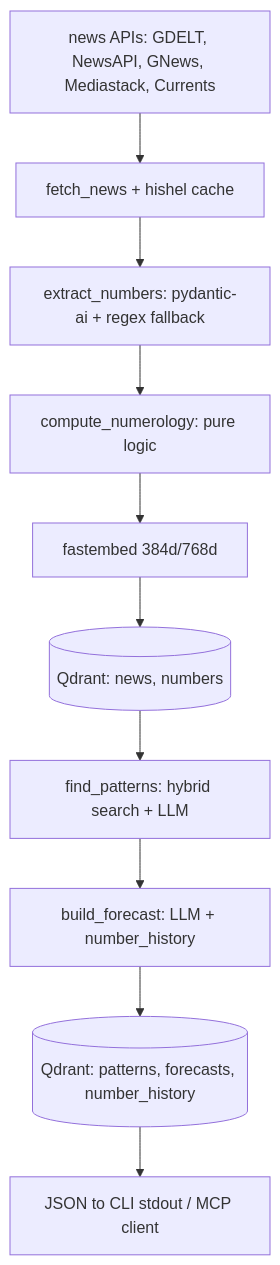
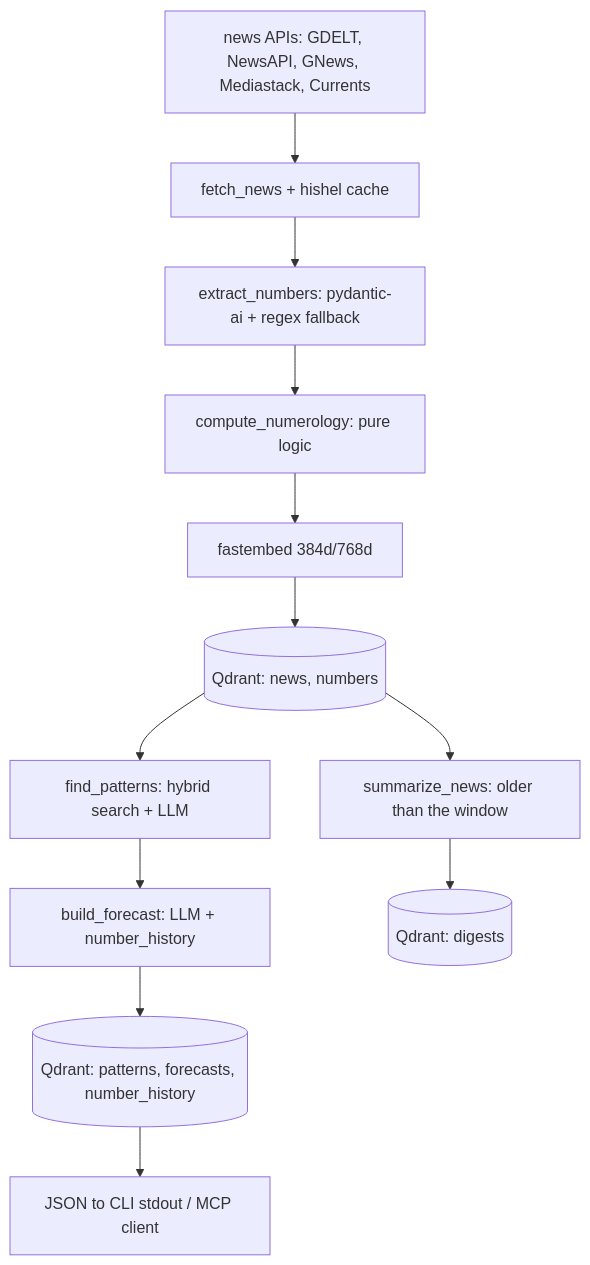
One commit to DisMosGit/numenews changed the diagram in docs/ARCHITECTURE.md. Above: the diagram before and after it, drawn with Mermaid. The commit also changed other lines of this file and 12 other files, not shown here.

````diff
--- a/docs/ARCHITECTURE.md
+++ b/docs/ARCHITECTURE.md
@@ -48,12 +53,14 @@
 ```mermaid
 flowchart TD
     A[news APIs: GDELT, NewsAPI, GNews, Mediastack, Currents] --> B[fetch_news + hishel cache]
     B --> C[extract_numbers: pydantic-ai + regex fallback]
     C --> D[compute_numerology: pure logic]
     D --> E[fastembed 384d/768d]
     E --> F[(Qdrant: news, numbers)]
     F --> G[find_patterns: hybrid search + LLM]
     G --> H[build_forecast: LLM + number_history]
     H --> I[(Qdrant: patterns, forecasts, number_history)]
+    F --> K[summarize_news: older than the window]
+    K --> L[(Qdrant: digests)]
     I --> J[JSON to CLI stdout / MCP client]
 ```
````
